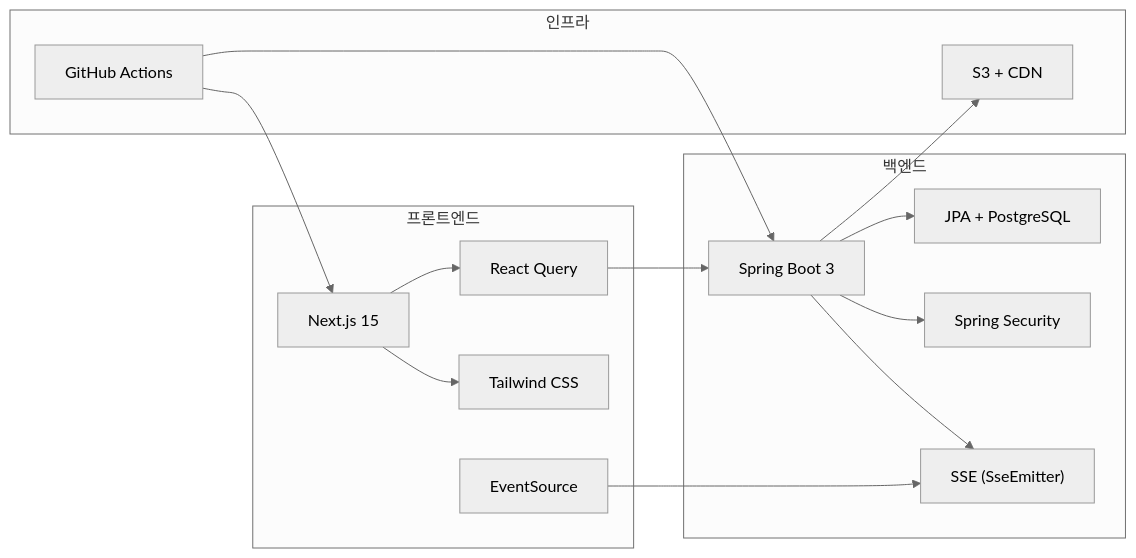
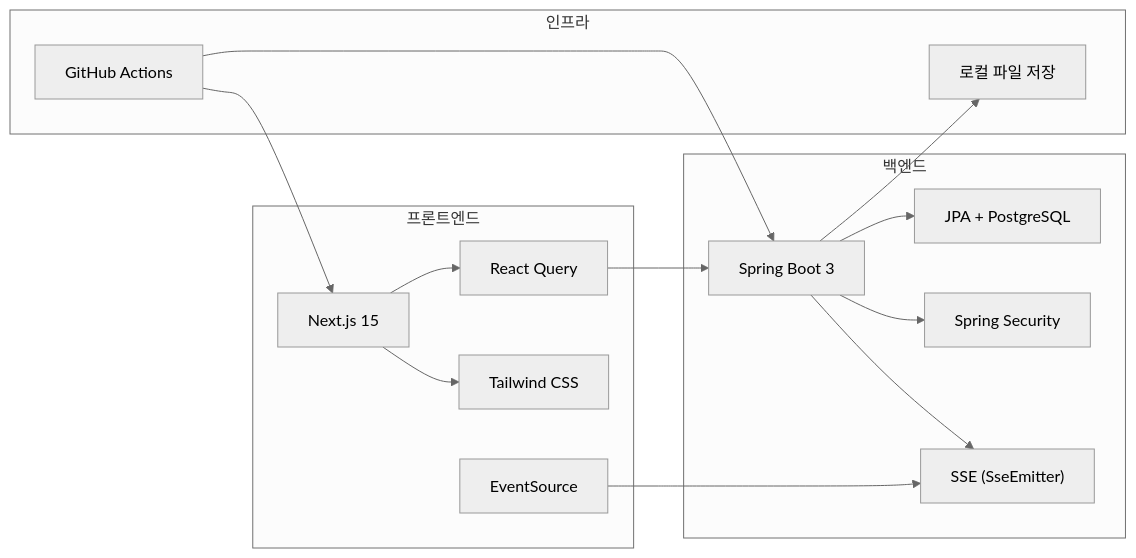
The diagram in docs/simul-mvp-spec.md (newlecture-ibm2/team2-simul), drawn with Mermaid (neutral theme) before and after one commit. The commit also changed other lines of this file and 14 other files, not shown here.

````diff
--- a/docs/simul-mvp-spec.md
+++ b/docs/simul-mvp-spec.md
@@ -89,32 +89,32 @@
 ```mermaid
 graph LR
     subgraph BE["백엔드"]
         SB["Spring Boot 3"]
         JPA["JPA + PostgreSQL"]
         SEC["Spring Security"]
         SSE_S["SSE (SseEmitter)"]
     end
 
     subgraph FE["프론트엔드"]
         NEXT["Next.js 15"]
         RQ["React Query"]
         TW["Tailwind CSS"]
         SSE_C["EventSource"]
     end
 
     subgraph INFRA["인프라"]
-        S3["S3 + CDN"]
+        LOCAL["로컬 파일 저장"]
         GHA["GitHub Actions"]
     end
 
     SB --> JPA
     SB --> SEC
     SB --> SSE_S
     NEXT --> RQ
     NEXT --> TW
     RQ --> SB
     SSE_C --> SSE_S
-    SB --> S3
+    SB --> LOCAL
     GHA --> SB
     GHA --> NEXT
 ```
````
